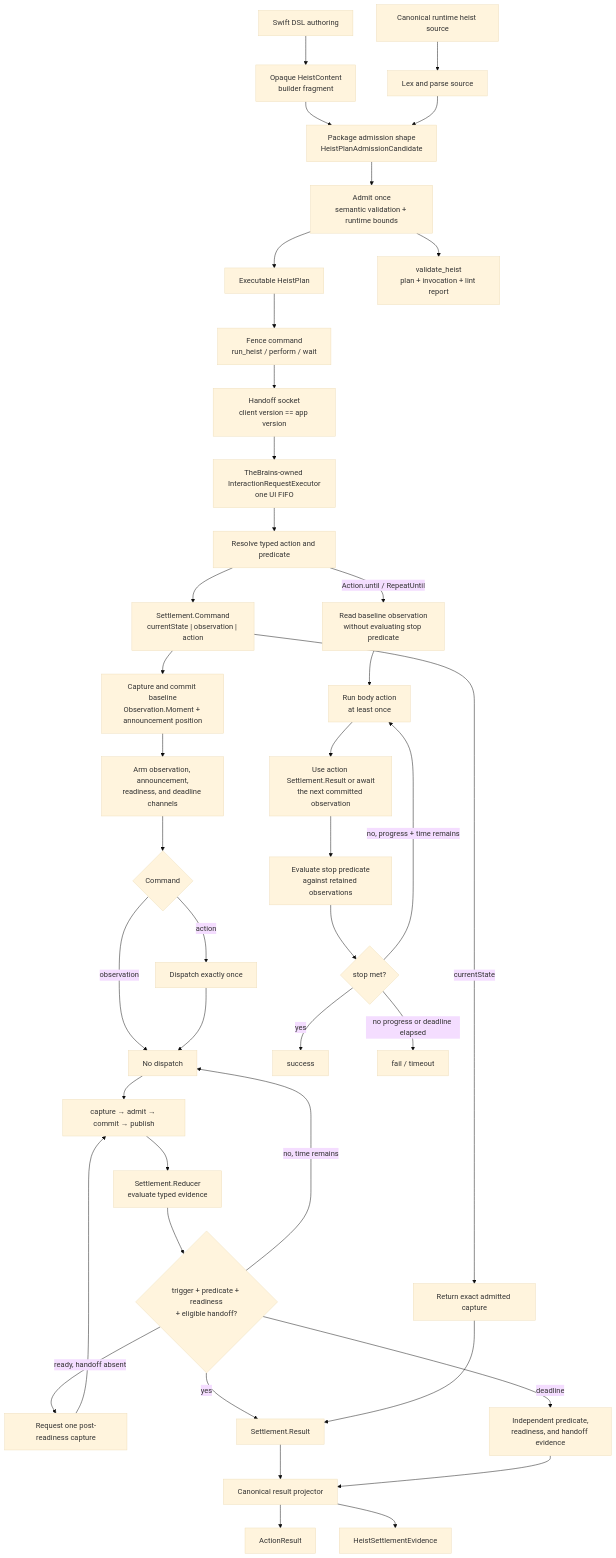
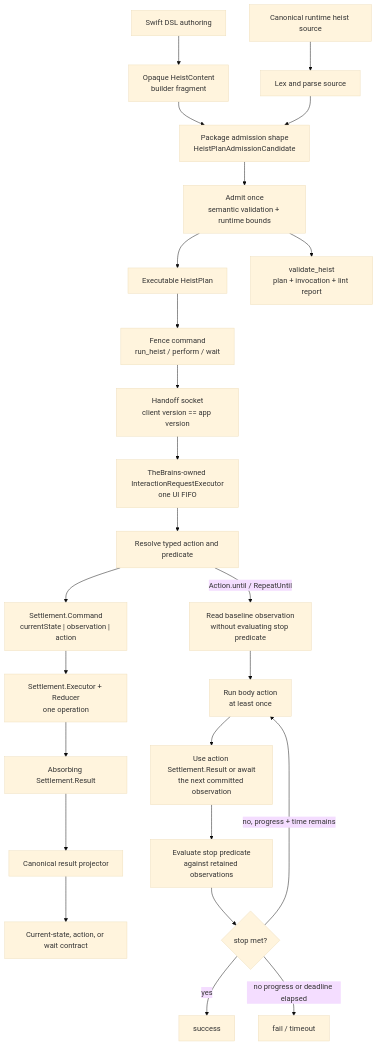
The diagram in docs/ARCHITECTURE.md (RoyalPineapple/TheButtonHeist), drawn with Mermaid (base theme) before and after one commit. The commit also changed other lines of this file and 4 other files, not shown here.

Commit message:
feat(internal-compression-settlement): implement T6 - document settlement contract

````diff
--- a/docs/ARCHITECTURE.md
+++ b/docs/ARCHITECTURE.md
@@ -613,45 +620,29 @@
 ```mermaid
 flowchart TD
     SwiftAuthor["Swift DSL authoring"] --> Fragment["Opaque HeistContent<br/>builder fragment"]
     SourceAuthor["Canonical runtime heist source"] --> Parse["Lex and parse source"]
     Fragment --> Candidate["Package admission shape<br/>HeistPlanAdmissionCandidate"]
     Parse --> Candidate
     Candidate --> Validate["Admit once<br/>semantic validation + runtime bounds"]
     Validate --> Plan["Executable HeistPlan"]
     Validate --> OfflineReport["validate_heist<br/>plan + invocation + lint report"]
     Plan --> FenceCommand["Fence command<br/>run_heist / perform / wait"]
     FenceCommand --> HandoffSocket["Handoff socket<br/>client version == app version"]
     HandoffSocket --> Executor["TheBrains-owned InteractionRequestExecutor<br/>one UI FIFO"]
 
     Executor --> Resolve["Resolve typed action and predicate"]
     Resolve --> Command["Settlement.Command<br/>currentState | observation | action"]
-    Command --> Baseline["Capture and commit baseline<br/>Observation.Moment + announcement position"]
-    Command -->|currentState| Current["Return exact admitted capture"]
-    Baseline --> Arm["Arm observation, announcement,<br/>readiness, and deadline channels"]
-    Arm --> Trigger{"Command"}
-    Trigger -->|action| Dispatch["Dispatch exactly once"]
-    Trigger -->|observation| Observe["No dispatch"]
-    Dispatch --> Observe
-    Observe --> Commit["capture → admit → commit → publish"]
-    Commit --> Reduce["Settlement.Reducer<br/>evaluate typed evidence"]
-    Reduce --> Ready{"trigger + predicate + readiness<br/>+ eligible handoff?"}
-    Ready -->|no, time remains| Observe
-    Ready -->|ready, handoff absent| Handoff["Request one post-readiness capture"]
-    Handoff --> Commit
-    Ready -->|yes| Result["Settlement.Result"]
-    Ready -->|deadline| TimedOut["Independent predicate,<br/>readiness, and handoff evidence"]
-    Current --> Result
+    Command --> Settlement["Settlement.Executor + Reducer<br/>one operation"]
+    Settlement --> Result["Absorbing Settlement.Result"]
     Result --> Project["Canonical result projector"]
-    TimedOut --> Project
-    Project --> ActionResult["ActionResult"]
-    Project --> WaitResult["HeistSettlementEvidence"]
+    Project --> Response["Current-state, action, or wait contract"]
 
     Resolve -->|Action.until / RepeatUntil| LoopBaseline["Read baseline observation<br/>without evaluating stop predicate"]
     LoopBaseline --> RunBody["Run body action<br/>at least once"]
     RunBody --> ProgressGate["Use action Settlement.Result or await<br/>the next committed observation"]
     ProgressGate --> EvaluateStop["Evaluate stop predicate<br/>against retained observations"]
     EvaluateStop --> StopMet{"stop met?"}
     StopMet -->|yes| Done["success"]
     StopMet -->|no, progress + time remains| RunBody
     StopMet -->|no progress or deadline elapsed| Fail["fail / timeout"]
 ```
````
